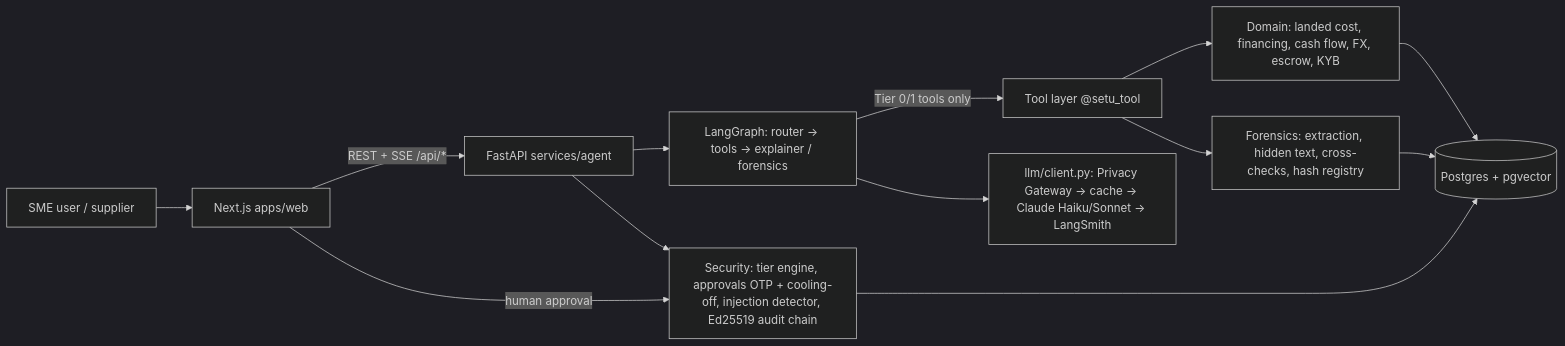
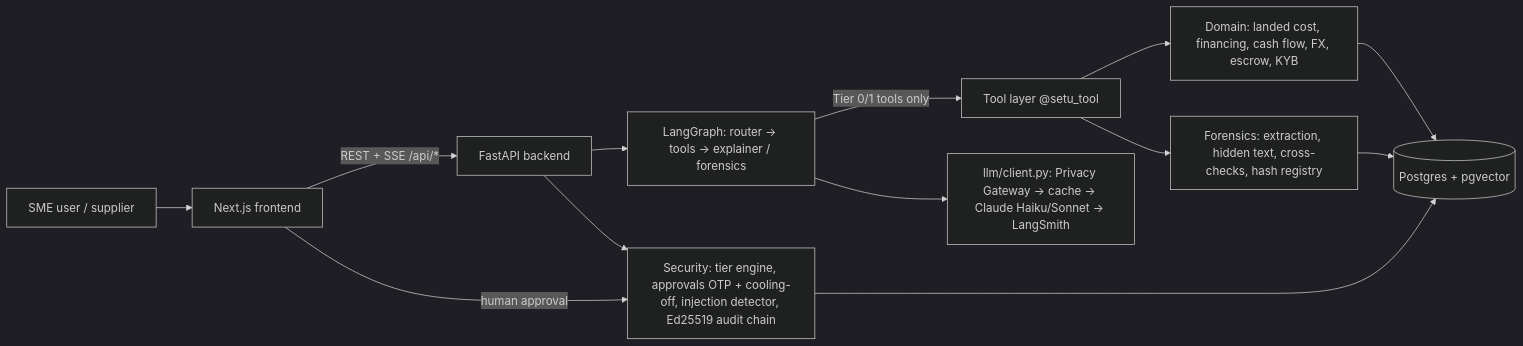
The first of 2 diagrams in docs/PLAN.md (Ebratul/Setu), drawn with Mermaid (dark theme) before and after one commit. The commit also changed other lines of this file and 1032 other files, not shown here.

First line of the commit message:
chore(deploy): split repo into frontend/, backend/ and rag_agent/

````diff
--- a/docs/PLAN.md
+++ b/docs/PLAN.md
@@ -11,13 +11,13 @@
 ```mermaid
 flowchart LR
-  U[SME user / supplier] --> W[Next.js apps/web]
-  W -->|REST + SSE /api/*| A[FastAPI services/agent]
+  U[SME user / supplier] --> W[Next.js frontend]
+  W -->|REST + SSE /api/*| A[FastAPI backend]
   A --> G[LangGraph: router → tools → explainer / forensics]
   G -->|Tier 0/1 tools only| T[Tool layer @setu_tool]
   T --> D[Domain: landed cost, financing, cash flow, FX, escrow, KYB]
   T --> F[Forensics: extraction, hidden text, cross-checks, hash registry]
   G --> L[llm/client.py: Privacy Gateway → cache → Claude Haiku/Sonnet → LangSmith]
   A --> S[Security: tier engine, approvals OTP + cooling-off, injection detector, Ed25519 audit chain]
   W -->|human approval| S
   D & F & S --> P[(Postgres + pgvector)]
 ```
````
